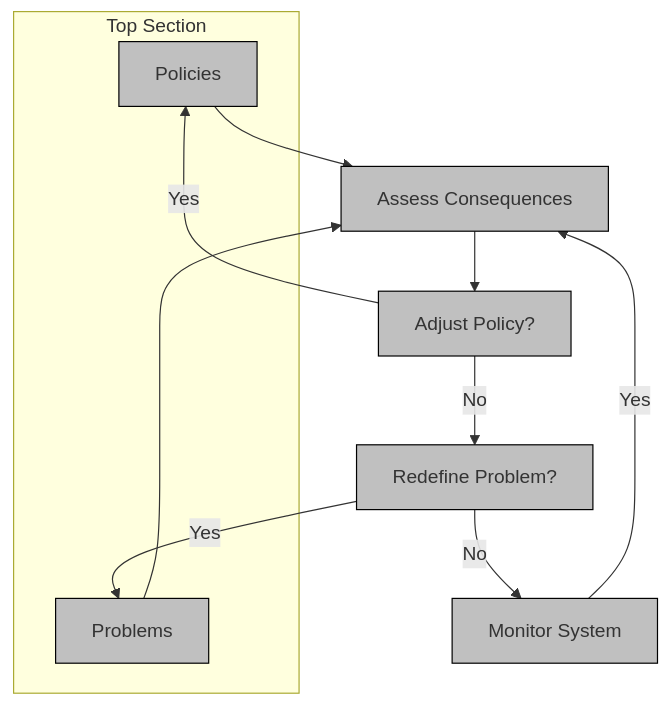
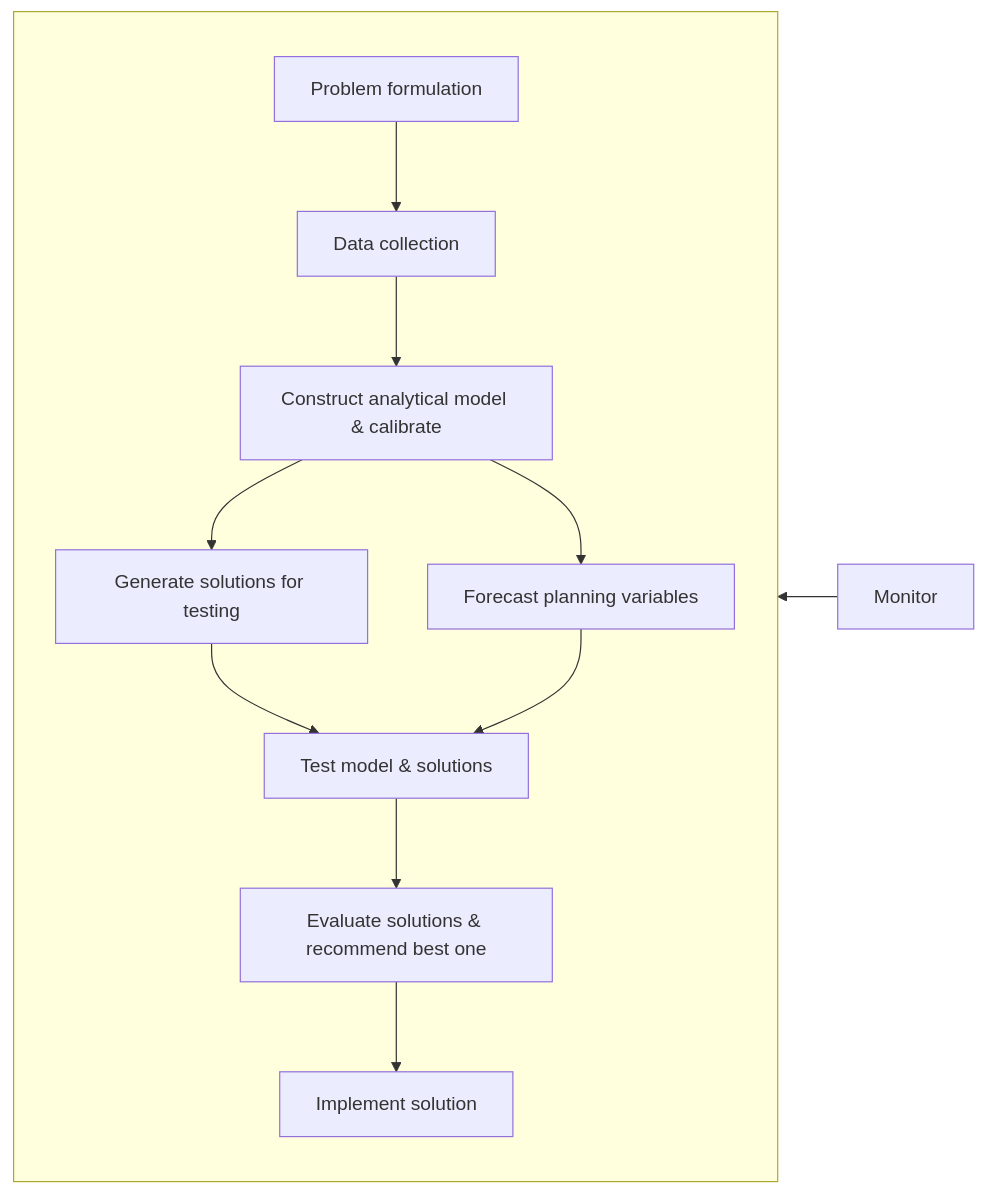
Before and after one commit to Hawkins-TECH-Lab/hawkins-tech-lab.github.io: the fifth of 5 diagrams in teaching/CIVE461/slides/lec-3.qmd, drawn with Mermaid. The commit also changed other lines of this file and 28 other files, not shown here.

````diff
--- a/teaching/CIVE461/slides/lec-3.qmd
+++ b/teaching/CIVE461/slides/lec-3.qmd
@@ -203,33 +318,27 @@
 ```{mermaid}
-graph TB
+flowchart RL
 
-%% subgraph Main Section
-A[Policies]:::C1
-B[Problems]:::C1
-C["Assess Consequences"]:::C1
-D["Adjust Policy?"]:::C1
-E["Redefine Problem?"]:::C1
-F["Monitor System"]:::C1
-%% end
+subgraph id1 [" "]
+  A["Problem formulation"]
+  B["Data collection"]
+  C["Construct analytical model & calibrate"]
+  D["Generate solutions for testing"]
+  E["Forecast planning variables"]
+  F["Test model & solutions"]
+  G["Evaluate solutions & recommend best one"]
+  H["Implement solution"]
+end
+I["Monitor"]
 
-%% subgraph Top Section
 
-%% end
-
-A-->C
+A-->B
 B-->C
 C-->D
-D-->|Yes|A
-D-->|No|E
-E-->|No|F
-F-->|Yes|C
-E-->|Yes|B
-
-classDef C1 fill:#C0C0C0,stroke:#000000
-
-subgraph Top Section
-A
-B
-end
+C-->E
+D-->F
+E-->F
+F-->G
+G-->H
+I-->id1
 
 ```
````
